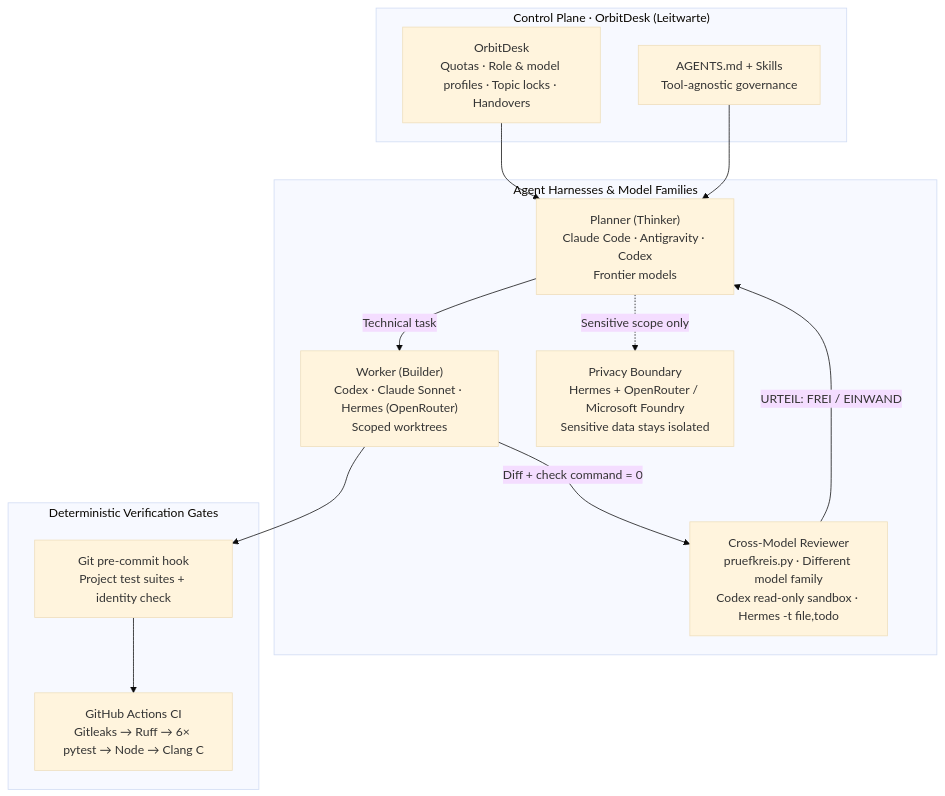
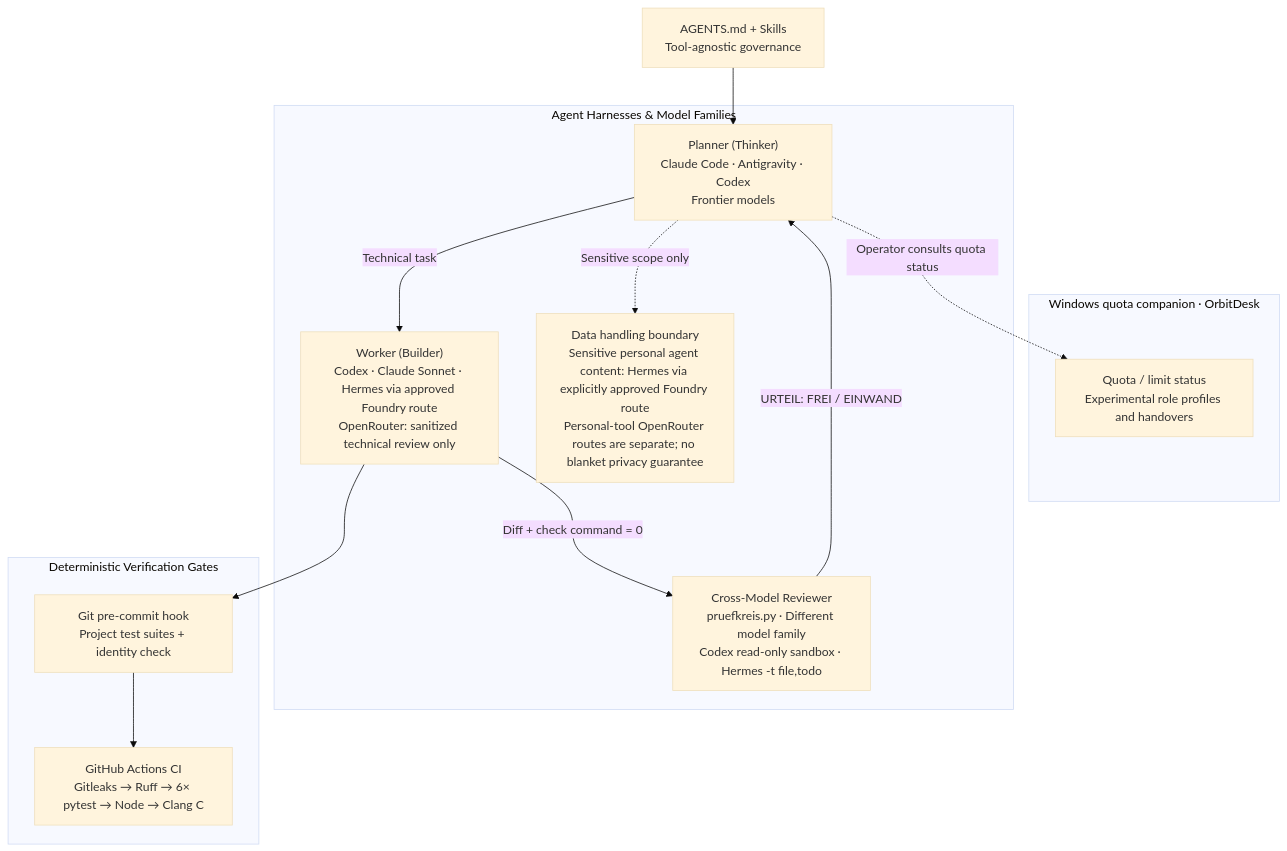
The first of 2 diagrams in README.md (HeartledAgentEngineer/agentic-ai-software-engineering), drawn with Mermaid (base theme) before and after one commit. The commit also changed other lines of this file and 3 other files, not shown here.

````diff
--- a/README.md
+++ b/README.md
@@ -38,24 +38,24 @@
 ```mermaid
 flowchart TB
-    subgraph Control["Control Plane · OrbitDesk (Leitwarte)"]
-        OD["OrbitDesk<br/>Quotas · Role & model profiles · Topic locks · Handovers"]
-        RULES["AGENTS.md + Skills<br/>Tool-agnostic governance"]
+    subgraph Companion["Windows quota companion · OrbitDesk"]
+        OD["Quota / limit status<br/>Experimental role profiles and handovers"]
     end
+    RULES["AGENTS.md + Skills<br/>Tool-agnostic governance"]
     subgraph Harnesses["Agent Harnesses & Model Families"]
         PLAN["Planner (Thinker)<br/>Claude Code · Antigravity · Codex<br/>Frontier models"]
-        WORK["Worker (Builder)<br/>Codex · Claude Sonnet · Hermes (OpenRouter)<br/>Scoped worktrees"]
+        WORK["Worker (Builder)<br/>Codex · Claude Sonnet · Hermes via approved Foundry route<br/>OpenRouter: sanitized technical review only"]
         REV["Cross-Model Reviewer<br/>pruefkreis.py · Different model family<br/>Codex read-only sandbox · Hermes -t file,todo"]
-        PRIV["Privacy Boundary<br/>Hermes + OpenRouter / Microsoft Foundry<br/>Sensitive data stays isolated"]
+        PRIV["Data handling boundary<br/>Sensitive personal agent content: Hermes via explicitly approved Foundry route<br/>Personal-tool OpenRouter routes are separate; no blanket privacy guarantee"]
     end
     subgraph Gates["Deterministic Verification Gates"]
         HOOK["Git pre-commit hook<br/>Project test suites + identity check"]
         CI["GitHub Actions CI<br/>Gitleaks → Ruff → 6× pytest → Node → Clang C"]
     end
-    OD --> PLAN
+    PLAN -.->|Operator consults quota status| OD
     RULES --> PLAN
     PLAN -->|Technical task| WORK
     WORK -->|Diff + check command = 0| REV
     REV -->|URTEIL: FREI / EINWAND| PLAN
     PLAN -.->|Sensitive scope only| PRIV
     WORK --> HOOK --> CI
 ```
````
